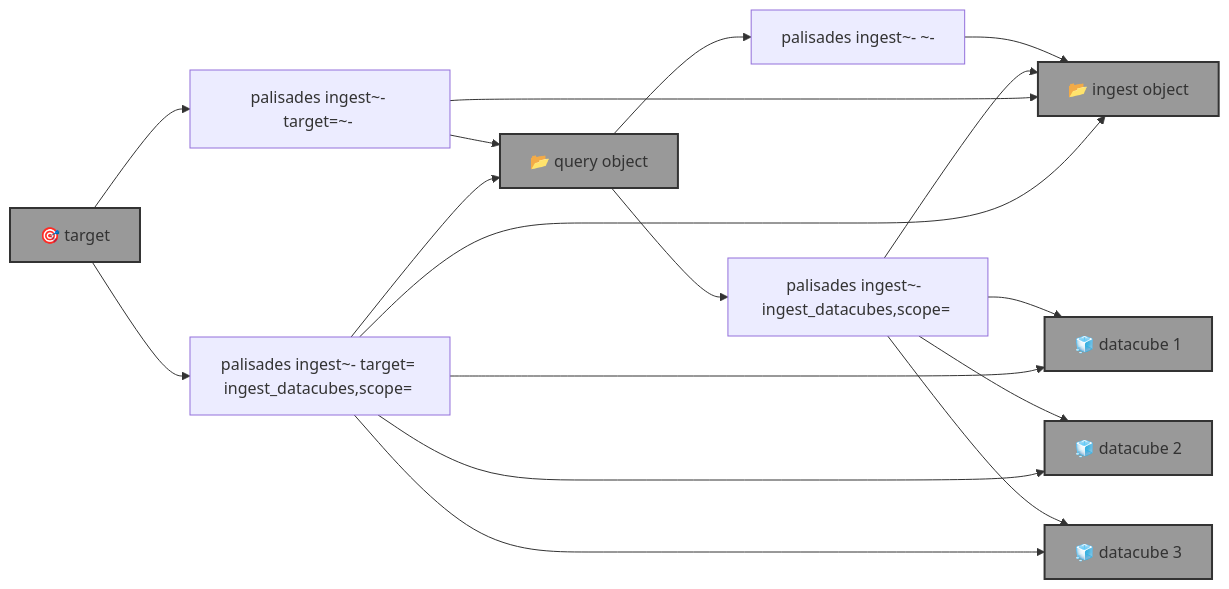
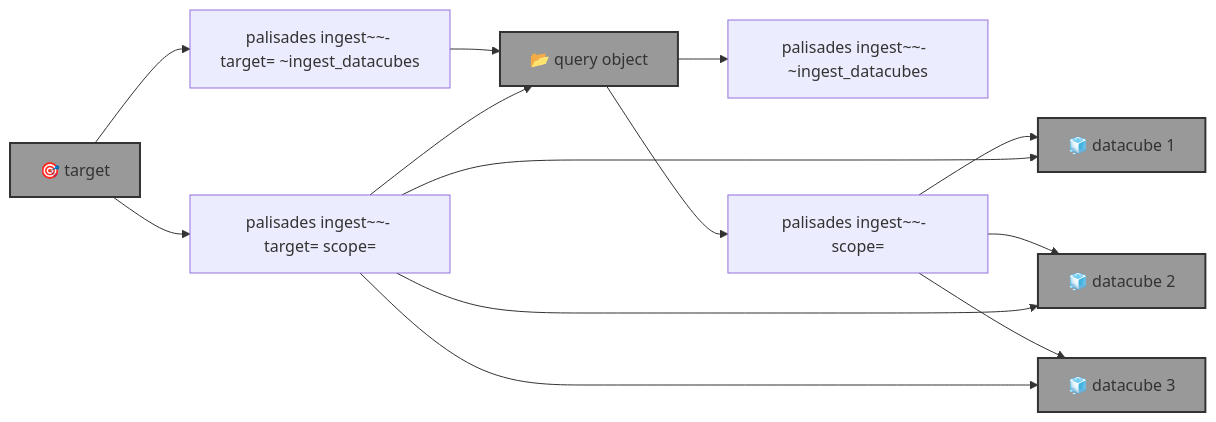
One commit to kamangir/blue-sandbox changed the diagram in blue_sandbox/palisades/template.md. Above: the diagram before and after it, drawn with Mermaid. The commit also changed 8 other files, not shown here.

Commit message:
palisades ingest - kamangir/bolt#746

````diff
--- a/blue_sandbox/palisades/template.md
+++ b/blue_sandbox/palisades/template.md
@@ -5,37 +5,34 @@
 ```mermaid
 graph LR
-    palisades_ingest_query["palisades ingest~- <query-object-name>~- <ingest-object-name>"]
-    palisades_ingest_query_ingest["palisades ingest~- <query-object-name> ingest_datacubes,scope=<scope> <ingest-object-name>"]
+    palisades_ingest_query["palisades ingest~~- <query-object-name> ~ingest_datacubes"]
 
-    palisades_ingest_target["palisades ingest~- target=<target>~- <ingest-object-name>"]
-    palisades_ingest_target_ingest["palisades ingest~- target=<target> ingest_datacubes,scope=<scope> <ingest-object-name>"]
+    palisades_ingest_query_ingest["palisades ingest~~- <query-object-name> scope=<scope>"]
+
+    palisades_ingest_target["palisades ingest~~- target=<target> ~ingest_datacubes"]
+
+    palisades_ingest_target_ingest["palisades ingest~~- target=<target> scope=<scope>"]
 
     target["🎯 target"]:::folder
     query_object["📂 query object"]:::folder
-    ingest_object["📂 ingest object"]:::folder
     datacube_1["🧊 datacube 1"]:::folder
     datacube_2["🧊 datacube 2"]:::folder
     datacube_3["🧊 datacube 3"]:::folder
 
     query_object --> palisades_ingest_query
-    palisades_ingest_query --> ingest_object
 
     query_object --> palisades_ingest_query_ingest
     palisades_ingest_query_ingest --> datacube_1
     palisades_ingest_query_ingest --> datacube_2
     palisades_ingest_query_ingest --> datacube_3
-    palisades_ingest_query_ingest --> ingest_object
 
     target --> palisades_ingest_target
     palisades_ingest_target --> query_object
-    palisades_ingest_target --> ingest_object
 
     target --> palisades_ingest_target_ingest
     palisades_ingest_target_ingest --> query_object
     palisades_ingest_target_ingest --> datacube_1
     palisades_ingest_target_ingest --> datacube_2
     palisades_ingest_target_ingest --> datacube_3
-    palisades_ingest_target_ingest --> ingest_object
 
     classDef folder fill:#999,stroke:#333,stroke-width:2px;
 ```
````
